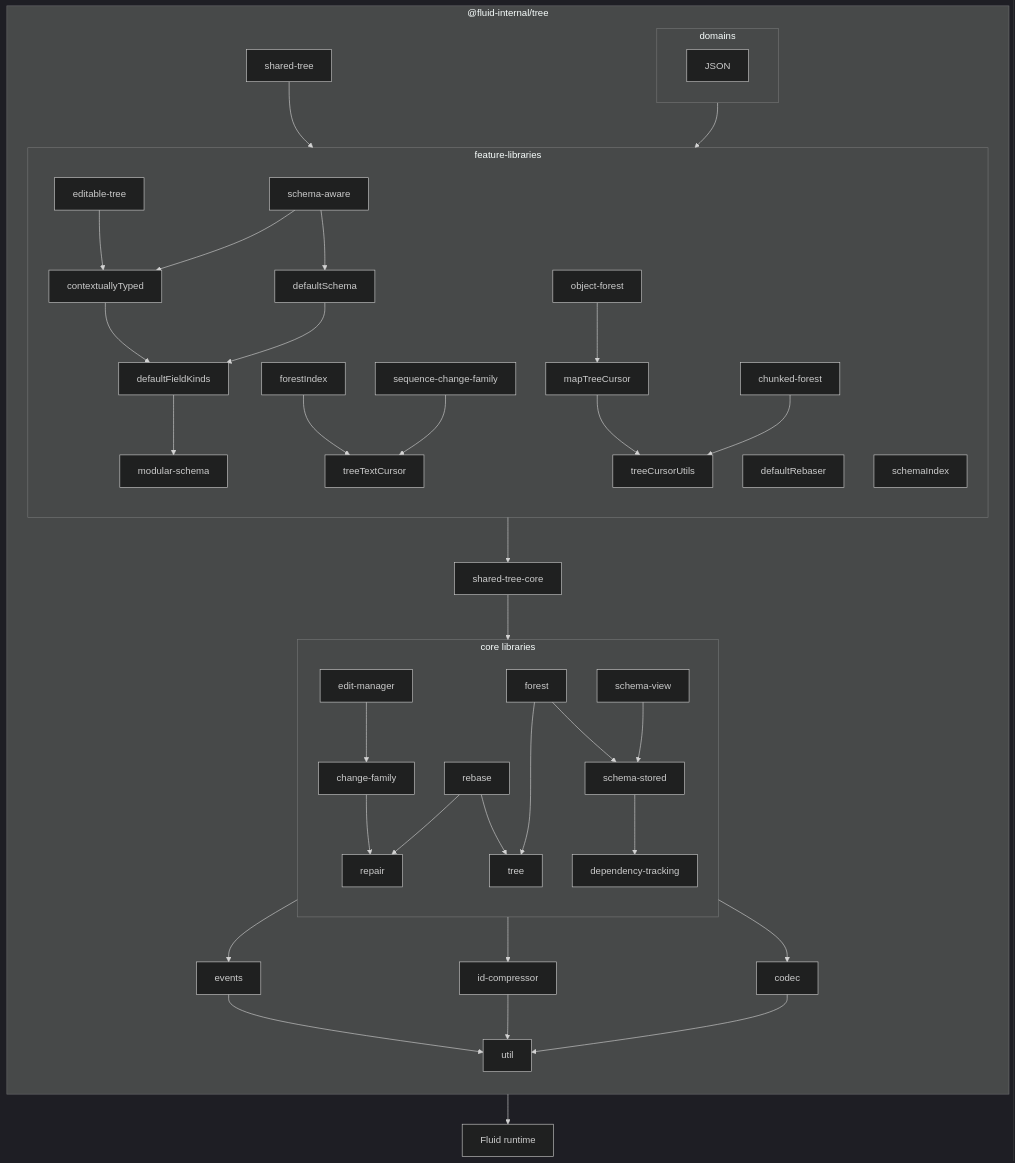
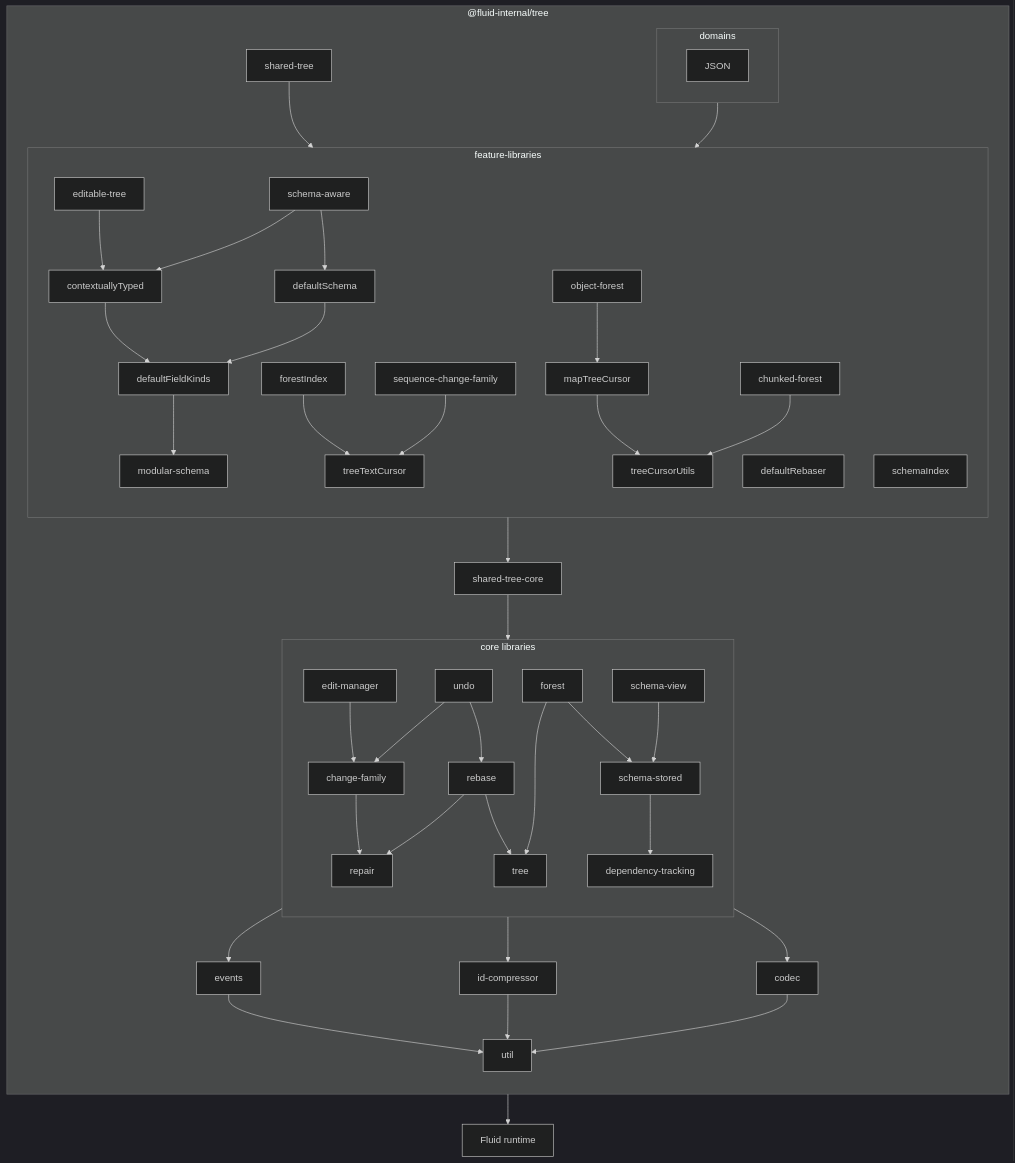
One commit to microsoft/FluidFramework changed the sixth of 6 diagrams in packages/dds/tree/README.md. Above: the diagram before and after it, drawn with Mermaid (dark theme). The commit also changed 21 other files, not shown here.

````diff
--- a/packages/dds/tree/README.md
+++ b/packages/dds/tree/README.md
@@ -318,45 +318,47 @@
 ```mermaid
 flowchart
     direction TB
     subgraph package ["@fluid-internal/tree"]
         direction TB
         subgraph core ["core libraries"]
             direction TB
             forest-->schema-stored
             change-family-->repair
             edit-manager-->change-family
             rebase-->repair
             rebase-->tree
             schema-stored-->dependency-tracking
             schema-view-->schema-stored
             dependency-tracking
             forest-->tree
+            undo-->change-family
+            undo-->rebase
         end
         core-->events-->util
         core-->id-compressor-->util
         core-->codec-->util
         feature-->shared-tree-core
         shared-tree-core-->core
         shared-tree-->feature
         subgraph feature ["feature-libraries"]
             direction TB
             editable-tree-->contextuallyTyped
             defaultRebaser
             contextuallyTyped-->defaultFieldKinds
             defaultSchema-->defaultFieldKinds-->modular-schema
             forestIndex-->treeTextCursor
             schema-aware-->defaultSchema
             schema-aware-->contextuallyTyped
             modular-schema
             object-forest-->mapTreeCursor-->treeCursorUtils
             chunked-forest-->treeCursorUtils
             schemaIndex
             sequence-change-family-->treeTextCursor
         end
         subgraph domains
             JSON
         end
         domains-->feature
     end
     package-->runtime["Fluid runtime"]
 ```
````
